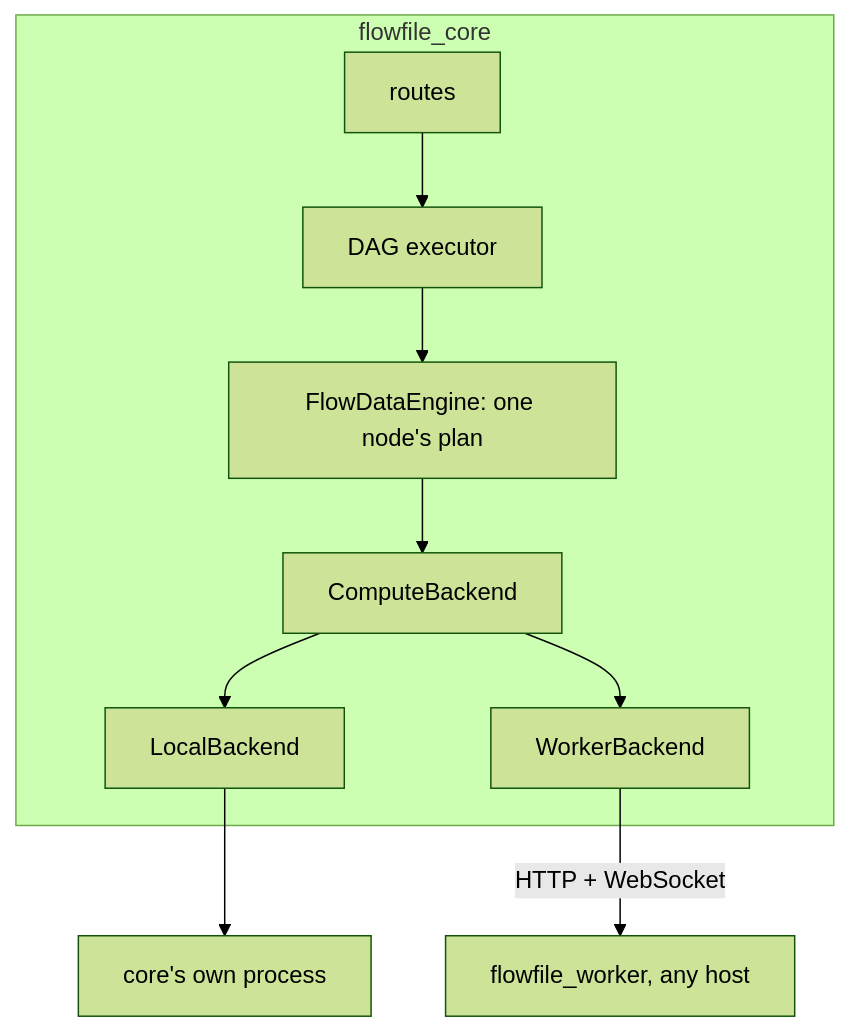
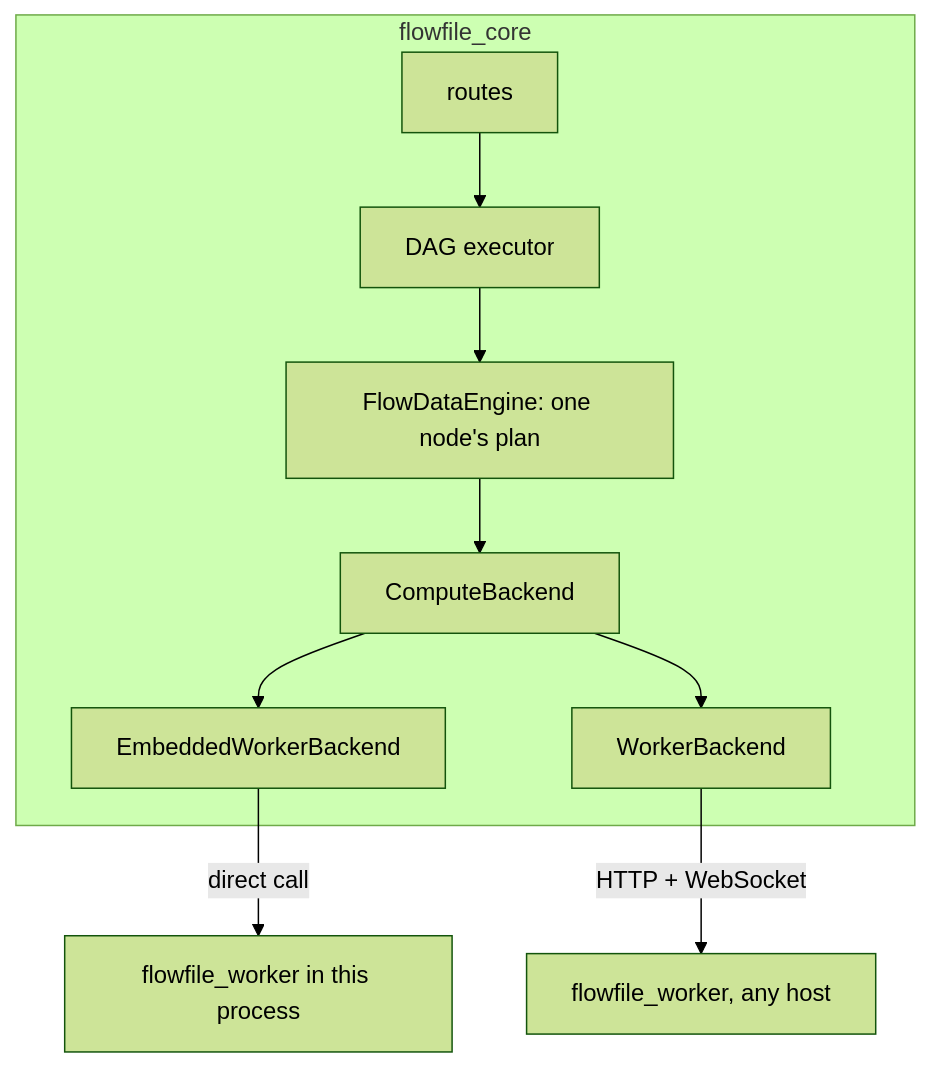
One commit to Edwardvaneechoud/Flowfile changed the diagram in docs/for-developers/compute-protocol.md. Above: the diagram before and after it, drawn with Mermaid (forest theme). The commit also changed other lines of this file, not shown here.

Commit message:
Describe the worker embedded where none runs beside core, and where a scheduled run computes, on the compute protocol page

````diff
--- a/docs/for-developers/compute-protocol.md
+++ b/docs/for-developers/compute-protocol.md
@@ -35,12 +35,12 @@
 ```mermaid
 flowchart TB
   subgraph core["flowfile_core"]
     R[routes] --> X[DAG executor]
     X --> E[FlowDataEngine: one node's plan]
     E --> P[ComputeBackend]
-    P --> L[LocalBackend]
+    P --> L[EmbeddedWorkerBackend]
     P --> W[WorkerBackend]
   end
-  L --> L2[core's own process]
+  L -->|direct call| L2[flowfile_worker in this process]
   W -->|HTTP + WebSocket| W2[flowfile_worker, any host]
 ```
````
